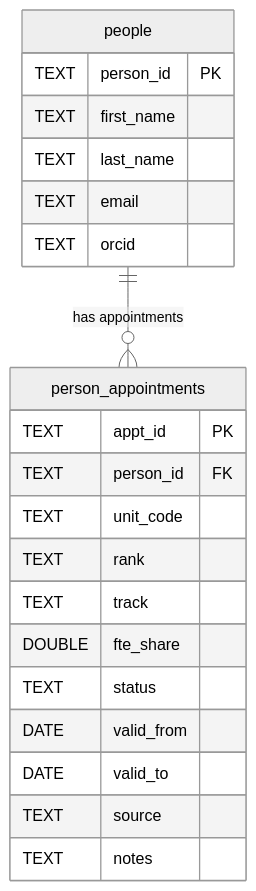
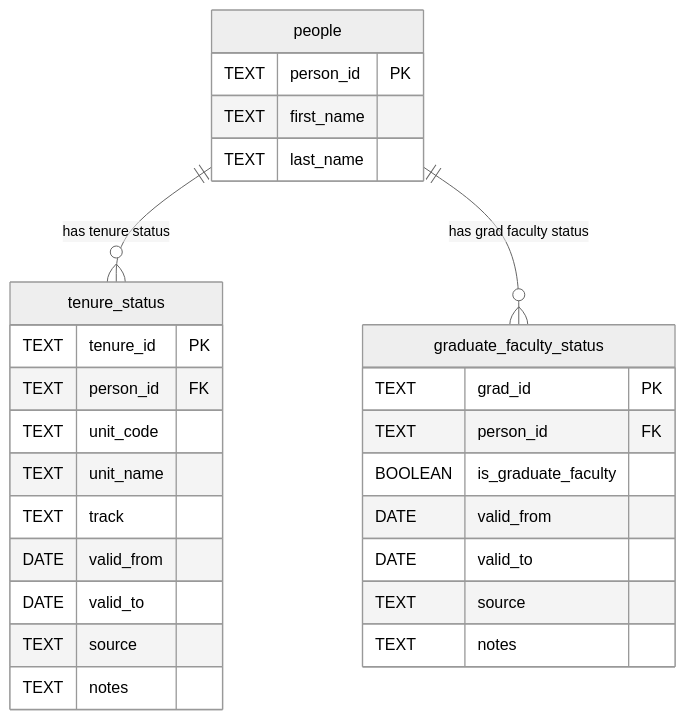
The diagram in README.md (brad-cannell/hc_kpis), drawn with Mermaid (neutral theme) before and after one commit. The commit also changed other lines of this file and 10 other files, not shown here.

````diff
--- a/README.md
+++ b/README.md
@@ -39,26 +48,33 @@
 ```mermaid
 erDiagram
     people {
       TEXT person_id PK
       TEXT first_name
       TEXT last_name
-      TEXT email
-      TEXT orcid
     }
 
-    person_appointments {
-      TEXT appt_id PK
+    tenure_status {
+      TEXT tenure_id PK
       TEXT person_id FK
       TEXT unit_code
-      TEXT rank
+      TEXT unit_name
       TEXT track
-      DOUBLE fte_share
-      TEXT status
       DATE valid_from
       DATE valid_to
       TEXT source
       TEXT notes
     }
 
-    people ||--o{ person_appointments : "has appointments"
+    graduate_faculty_status {
+      TEXT grad_id PK
+      TEXT person_id FK
+      BOOLEAN is_graduate_faculty
+      DATE valid_from
+      DATE valid_to
+      TEXT source
+      TEXT notes
+    }
+
+    people ||--o{ tenure_status : "has tenure status"
+    people ||--o{ graduate_faculty_status : "has grad faculty status"
 ```
````
